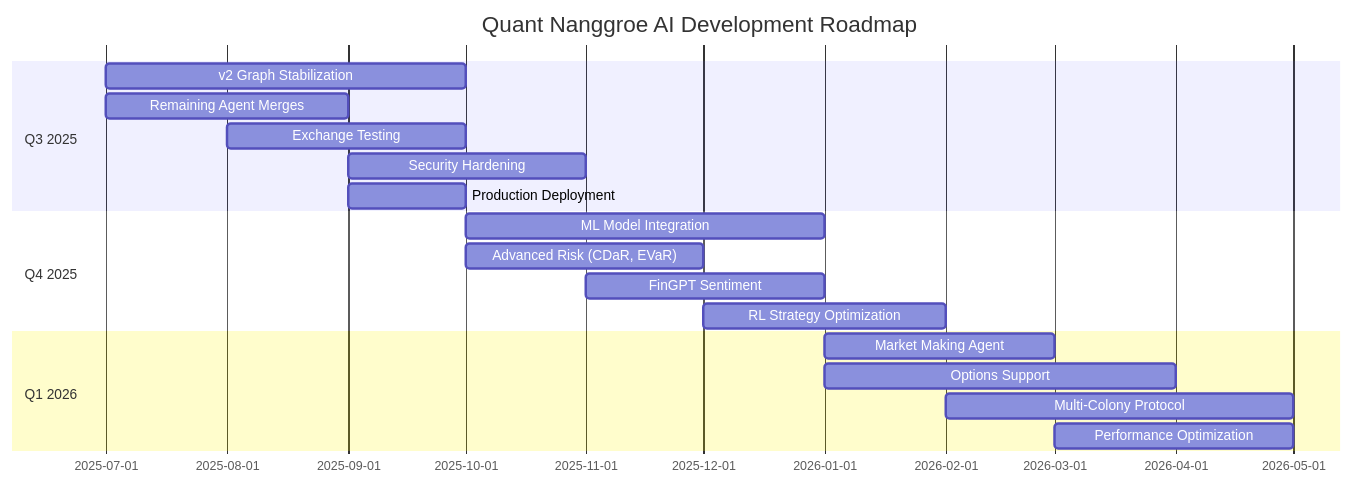
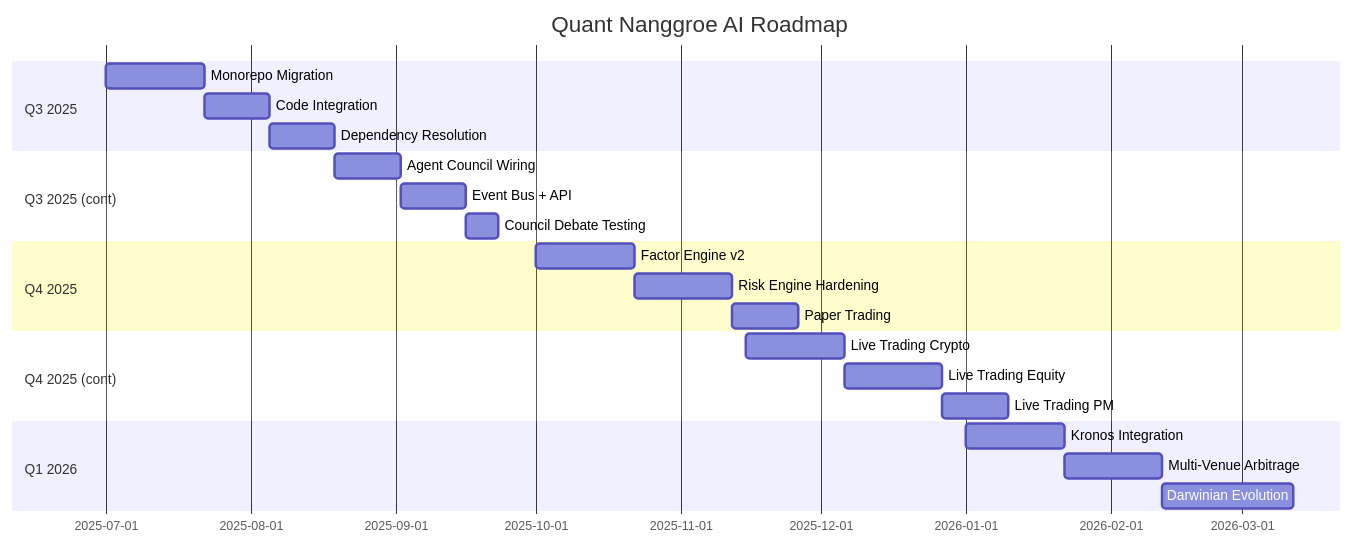
One commit to mulkymalikuldhrs/Quant-Nanggroe-AI changed the diagram in docs/ROADMAP.md. Above: the diagram before and after it, drawn with Mermaid. The commit also changed other lines of this file and 1134 other files, not shown here.

````diff
--- a/docs/ROADMAP.md
+++ b/docs/ROADMAP.md
@@ -39,23 +24,25 @@
 ```mermaid
 gantt
-    title Quant Nanggroe AI Development Roadmap
-    dateFormat YYYY-MM
+    title Quant Nanggroe AI Roadmap
+    dateFormat YYYY-MM-DD
     section Q3 2025
-    v2 Graph Stabilization       :2025-07, 3M
-    Remaining Agent Merges       :2025-07, 2M
-    Exchange Testing             :2025-08, 2M
-    Security Hardening           :2025-09, 2M
-    Production Deployment        :2025-09, 1M
-
+    Monorepo Migration     :a1, 2025-07-01, 21d
+    Code Integration       :a2, after a1, 14d
+    Dependency Resolution  :a3, after a2, 14d
+    section Q3 2025 (cont)
+    Agent Council Wiring   :b1, after a3, 14d
+    Event Bus + API        :b2, after b1, 14d
+    Council Debate Testing :b3, after b2, 7d
     section Q4 2025
-    ML Model Integration         :2025-10, 3M
-    Advanced Risk (CDaR, EVaR)   :2025-10, 2M
-    FinGPT Sentiment             :2025-11, 2M
-    RL Strategy Optimization     :2025-12, 2M
-
+    Factor Engine v2       :c1, 2025-10-01, 21d
+    Risk Engine Hardening  :c2, after c1, 21d
+    Paper Trading          :c3, after c2, 14d
+    section Q4 2025 (cont)
+    Live Trading Crypto    :d1, 2025-11-15, 21d
+    Live Trading Equity    :d2, after d1, 21d
+    Live Trading PM        :d3, after d2, 14d
     section Q1 2026
-    Market Making Agent          :2026-01, 2M
-    Options Support              :2026-01, 3M
-    Multi-Colony Protocol        :2026-02, 3M
-    Performance Optimization     :2026-03, 2M
+    Kronos Integration     :e1, 2026-01-01, 21d
+    Multi-Venue Arbitrage  :e2, after e1, 21d
+    Darwinian Evolution    :e3, after e2, 28d
 ```
````
